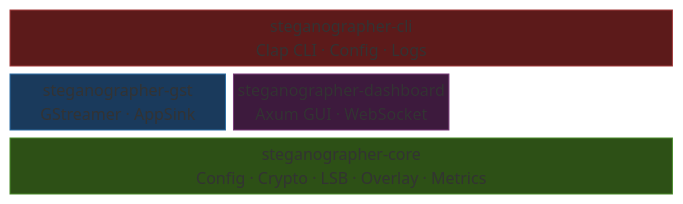
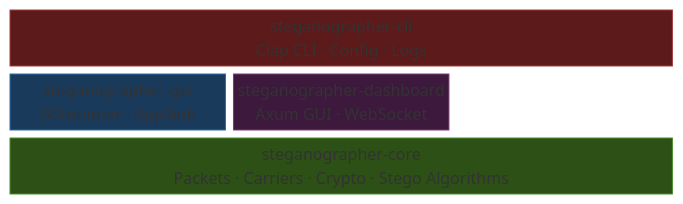
The first of 5 diagrams in docs/architecture.md (docxology/steganographer), drawn with Mermaid before and after one commit. The commit also changed other lines of this file and 70 other files, not shown here.

````diff
--- a/docs/architecture.md
+++ b/docs/architecture.md
@@ -7,13 +7,13 @@
 ```mermaid
 block-beta
     columns 3
     CLI["steganographer-cli\nClap CLI · Config · Logs"]:3
     GST["steganographer-gst\nGStreamer · AppSink"]:1
     DASH["steganographer-dashboard\nAxum GUI · WebSocket"]:1
     space:1
-    CORE["steganographer-core\nConfig · Crypto · LSB · Overlay · Metrics"]:3
+    CORE["steganographer-core\nPackets · Carriers · Crypto · Stego Algorithms"]:3
     style CLI fill:#5c1a1a,stroke:#a33c3c,color:#fff
     style GST fill:#1a3a5c,stroke:#2d6da3,color:#fff
     style DASH fill:#3d1a3d,stroke:#7a3c7a,color:#fff
     style CORE fill:#2d5016,stroke:#4a8c2a,color:#fff
 ```
````
